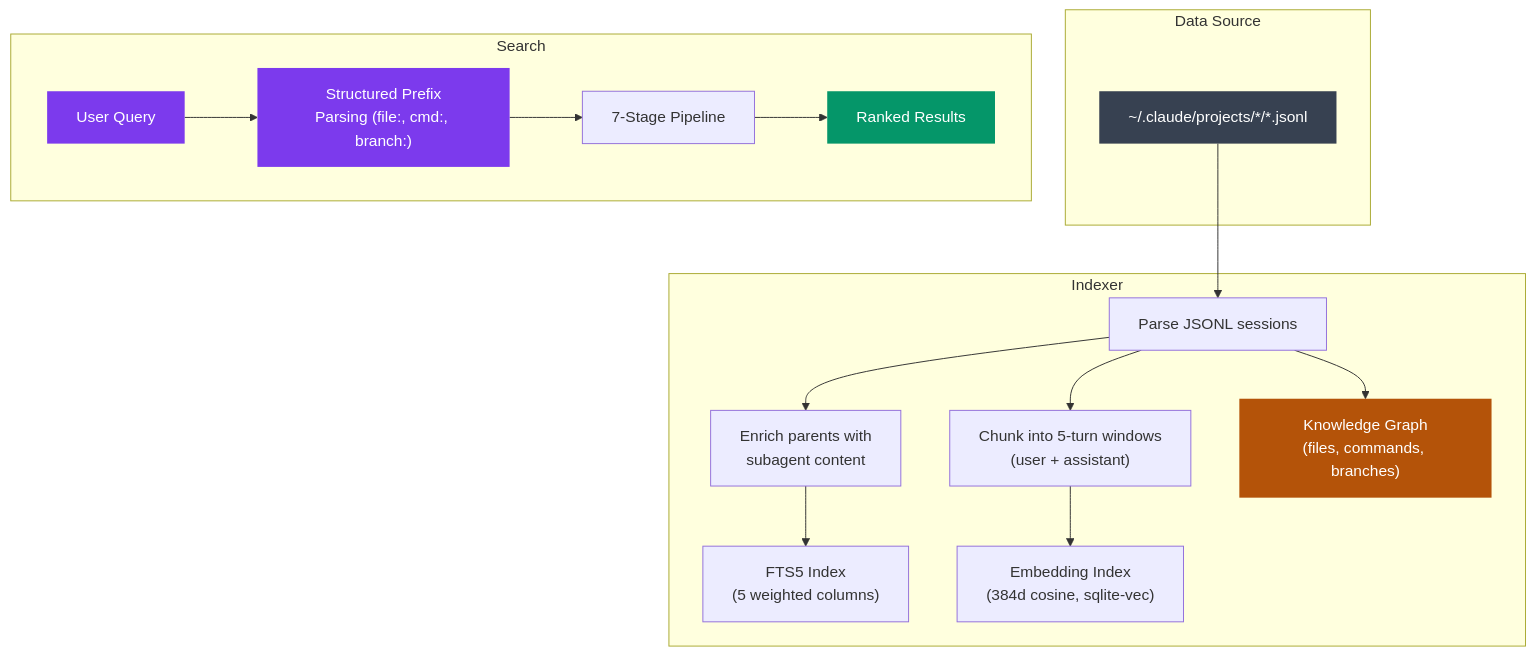
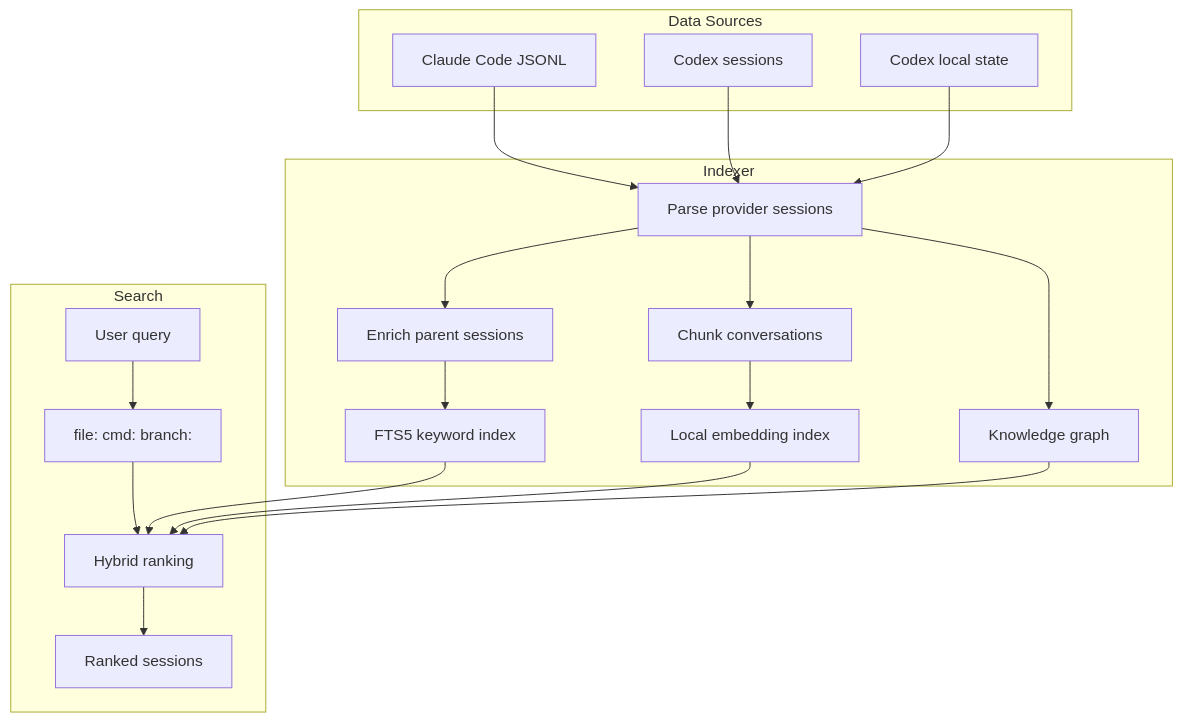
One commit to lupuletic/code-recall changed the diagram in README.md. Above: the diagram before and after it, drawn with Mermaid. The commit also changed other lines of this file and 46 other files, not shown here.

````diff
--- a/README.md
+++ b/README.md
@@ -245,33 +213,36 @@
 ```mermaid
 graph TD
-    subgraph "Data Source"
-        JSONL["~/.claude/projects/*/*.jsonl"]
+    subgraph "Data Sources"
+        CLAUDE_JSONL["Claude Code JSONL"]
+        CODEX_JSONL["Codex sessions"]
+        CODEX_DB["Codex local state"]
     end
 
     subgraph "Indexer"
-        PARSE["Parse JSONL sessions"]
-        CHUNK["Chunk into 5-turn windows\n(user + assistant)"]
-        ENRICH["Enrich parents with\nsubagent content"]
-        FTS_IDX["FTS5 Index\n(5 weighted columns)"]
-        VEC_IDX["Embedding Index\n(384d cosine, sqlite-vec)"]
-        KG_IDX["Knowledge Graph\n(files, commands, branches)"]
+        PARSE["Parse provider sessions"]
+        CHUNK["Chunk conversations"]
+        ENRICH["Enrich parent sessions"]
+        FTS_IDX["FTS5 keyword index"]
+        VEC_IDX["Local embedding index"]
+        KG_IDX["Knowledge graph"]
     end
 
     subgraph "Search"
-        QUERY["User Query"]
-        PREFIX["Structured Prefix\nParsing (file:, cmd:, branch:)"]
-        PIPELINE["7-Stage Pipeline"]
-        RESULTS["Ranked Results"]
+        QUERY["User query"]
+        PREFIX["file: cmd: branch:"]
+        PIPELINE["Hybrid ranking"]
+        RESULTS["Ranked sessions"]
     end
 
-    JSONL --> PARSE --> CHUNK --> VEC_IDX
+    CLAUDE_JSONL --> PARSE
+    CODEX_JSONL --> PARSE
+    CODEX_DB --> PARSE
+    PARSE --> CHUNK --> VEC_IDX
     PARSE --> ENRICH --> FTS_IDX
     PARSE --> KG_IDX
-    QUERY --> PREFIX --> PIPELINE --> RESULTS
-
-    style JSONL fill:#374151,color:#fff,stroke:none
-    style QUERY fill:#7c3aed,color:#fff,stroke:none
-    style RESULTS fill:#059669,color:#fff,stroke:none
-    style KG_IDX fill:#b45309,color:#fff,stroke:none
-    style PREFIX fill:#7c3aed,color:#fff,stroke:none
+    QUERY --> PREFIX --> PIPELINE
+    FTS_IDX --> PIPELINE
+    VEC_IDX --> PIPELINE
+    KG_IDX --> PIPELINE
+    PIPELINE --> RESULTS
 ```
````
